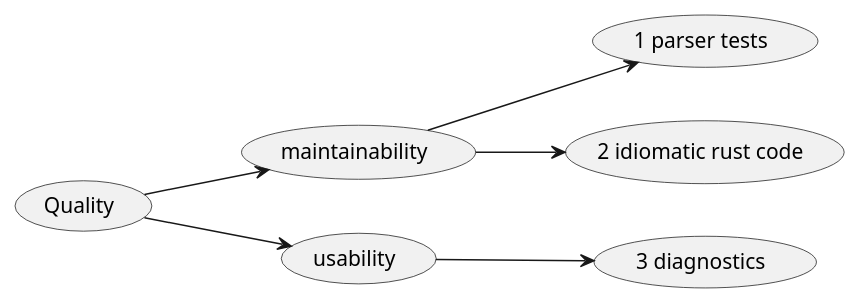
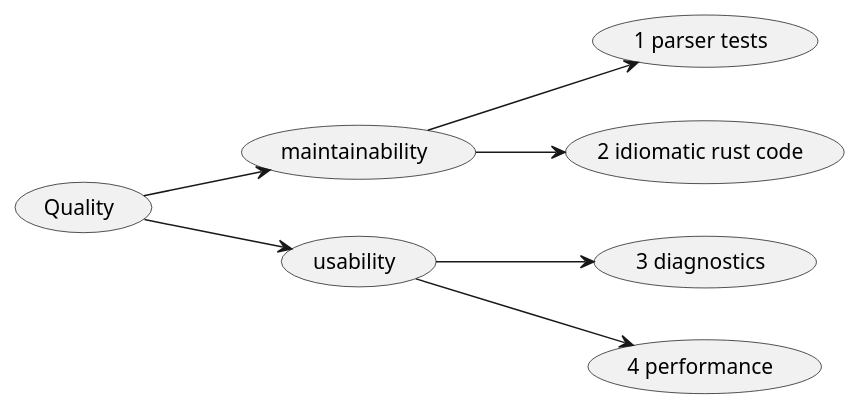
One commit to Noratrieb/crapderive changed the diagram in doc/src/10_quality_requirements.adoc. Above: the diagram before and after it, drawn with PlantUML. The commit also changed other lines of this file and 2 other files, not shown here.

```diff
--- a/doc/src/10_quality_requirements.adoc
+++ b/doc/src/10_quality_requirements.adoc
@@ -10,10 +11,11 @@
 [plantuml]
 ----
 left to right direction
 (Quality) --> (maintainability)
 (maintainability) --> (1 parser tests)
 (maintainability) --> (2 idiomatic rust code)
 
 (Quality) --> (usability)
 (usability) --> (3 diagnostics)
+(usability) --> (4 performance)
 ----
```
